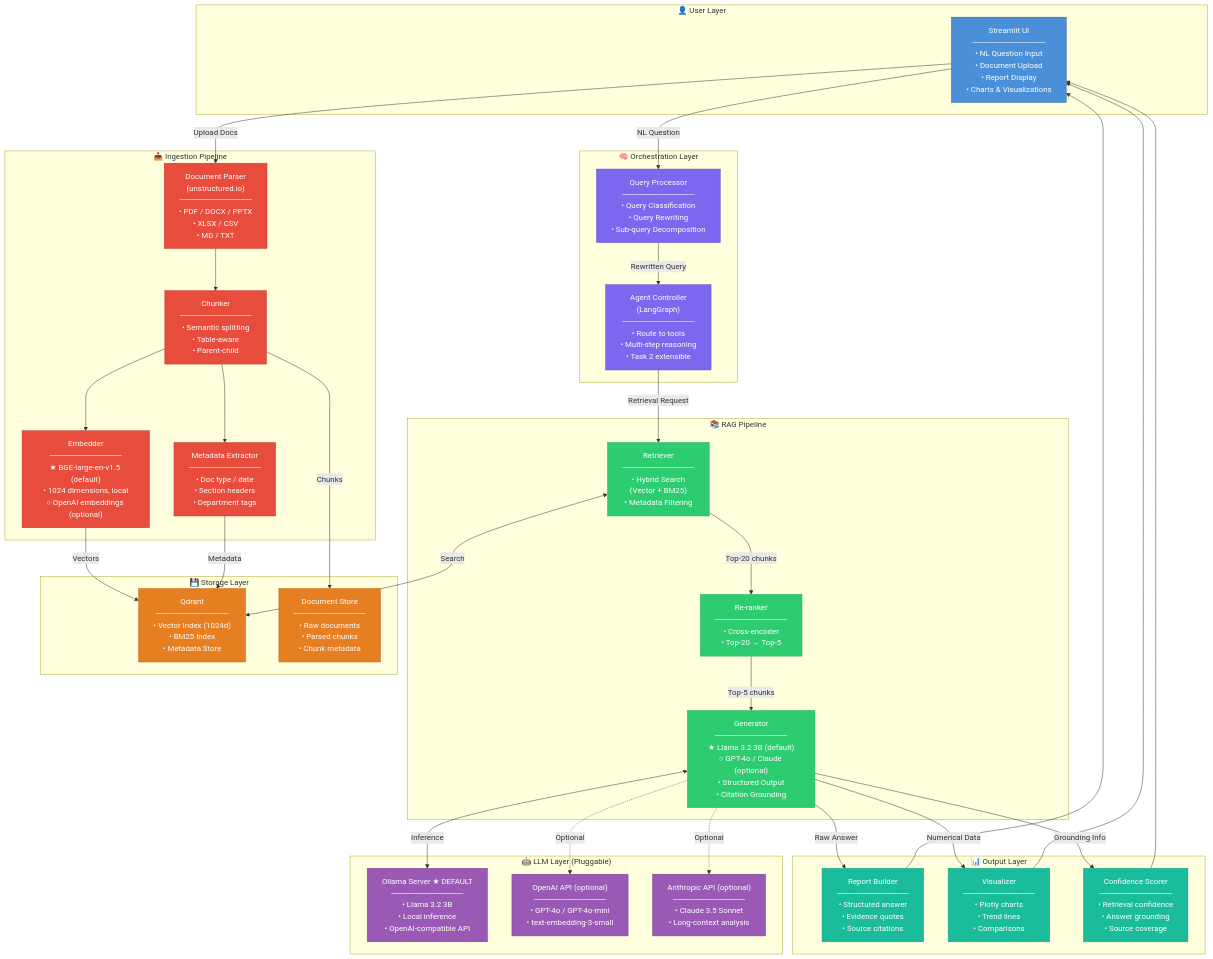
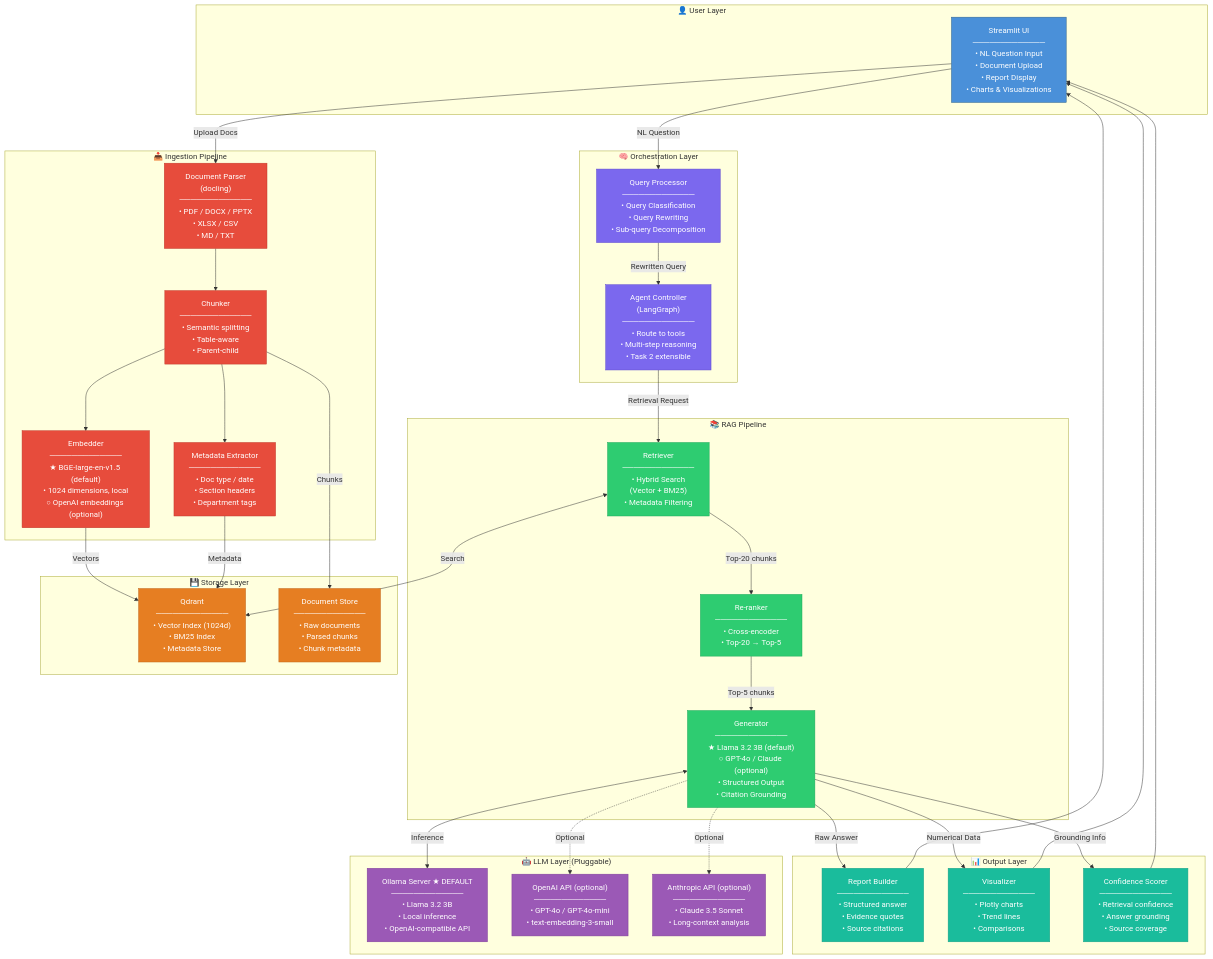
One commit to Anuj-cs20/ai-leadership-agent changed the seventh of 15 diagrams in README.md. Above: the diagram before and after it, drawn with Mermaid. The commit also changed other lines of this file and 38 other files, not shown here.

```diff
--- a/README.md
+++ b/README.md
@@ -581,7 +589,7 @@
     end
 
     subgraph INGESTION["📥 Ingestion Pipeline"]
-        DP["Document Parser<br/>(unstructured.io)<br/>─────────────<br/>• PDF / DOCX / PPTX<br/>• XLSX / CSV<br/>• MD / TXT"]
+        DP["Document Parser<br/>(docling)<br/>─────────────<br/>• PDF / DOCX / PPTX<br/>• XLSX / CSV<br/>• MD / TXT"]
         CHK["Chunker<br/>─────────────<br/>• Semantic splitting<br/>• Table-aware<br/>• Parent-child"]
         EM["Embedder<br/>─────────────<br/>★ BGE-large-en-v1.5 (default)<br/>• 1024 dimensions, local<br/>○ OpenAI embeddings (optional)"]
         ME["Metadata Extractor<br/>─────────────<br/>• Doc type / date<br/>• Section headers<br/>• Department tags"]
```
